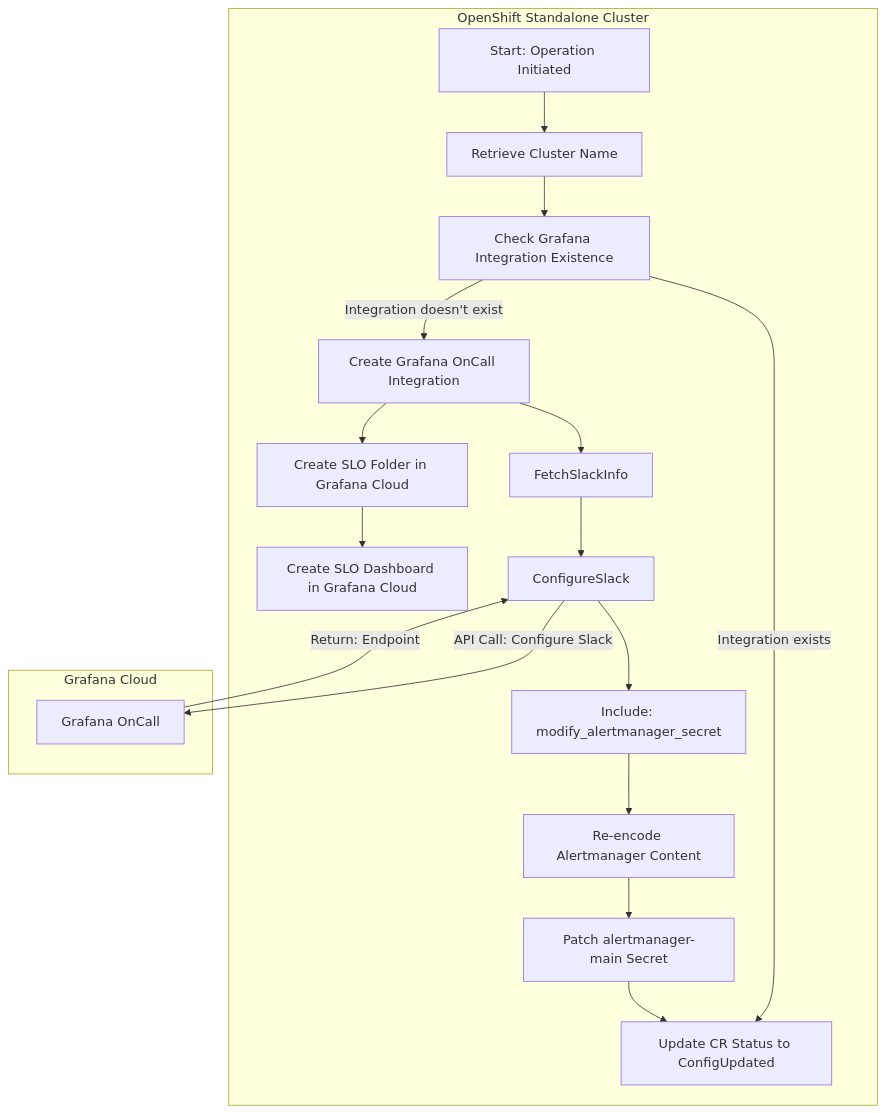
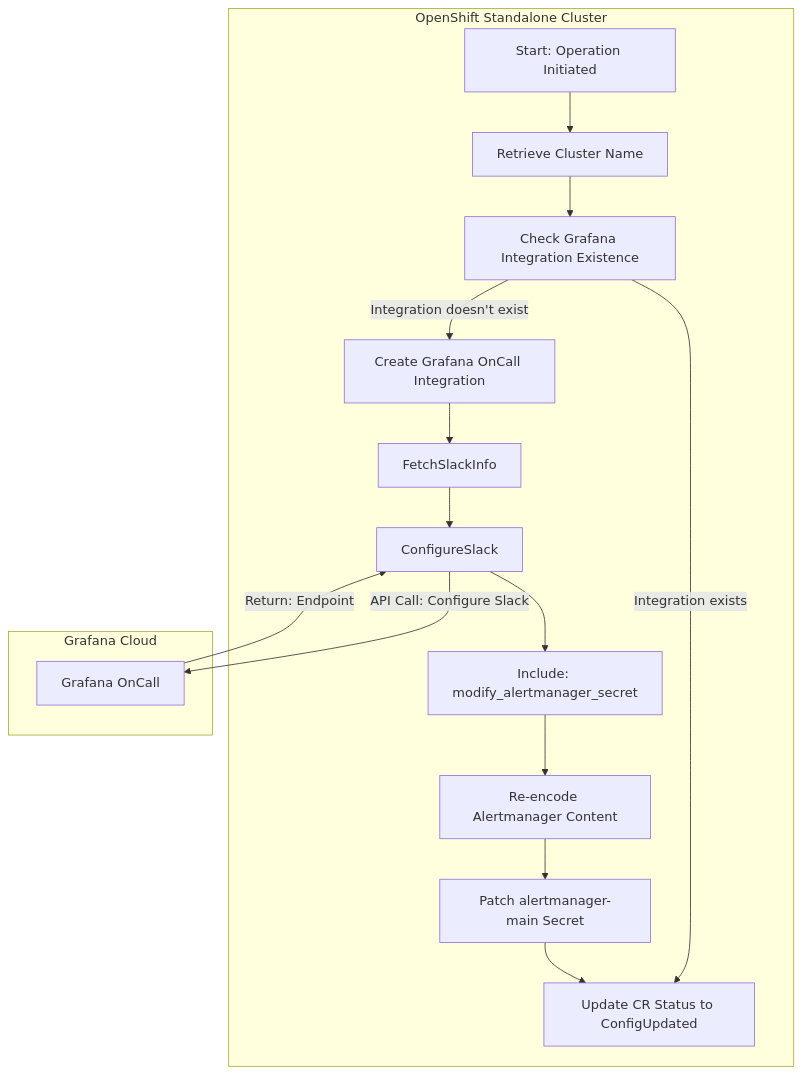
One commit to stakater/grafana-cloud-ansible-operator changed the second of 2 diagrams in README.md. Above: the diagram before and after it, drawn with Mermaid. The commit also changed other lines of this file and 8 other files, not shown here.

````diff
--- a/README.md
+++ b/README.md
@@ -142,36 +107,32 @@
     ```mermaid
     graph TD
 
     subgraph "OpenShift Standalone Cluster"
         Init[Start: Operation Initiated]
         GetClusterName[Retrieve Cluster Name]
         CheckIntegration[Check Grafana Integration Existence]
         CreateIntegration[Create Grafana OnCall Integration]
         ModSecret[Include: modify_alertmanager_secret]
         Reencode[Re-encode Alertmanager Content]
         PatchSecret[Patch alertmanager-main Secret]
         UpdateCR[Update CR Status to ConfigUpdated]
-        CreateSLOFolder[Create SLO Folder in Grafana Cloud]
-        CreateSLODashboard[Create SLO Dashboard in Grafana Cloud]
 
         Init --> GetClusterName
         GetClusterName --> CheckIntegration
         CheckIntegration -->|Integration doesn't exist| CreateIntegration
         CheckIntegration -->|Integration exists| UpdateCR
         CreateIntegration --> FetchSlackInfo
         FetchSlackInfo --> ConfigureSlack
         ConfigureSlack --> ModSecret
         ModSecret --> Reencode
         Reencode --> PatchSecret
         PatchSecret --> UpdateCR
-        CreateIntegration --> CreateSLOFolder
-        CreateSLOFolder --> CreateSLODashboard
     end
 
     subgraph "Grafana Cloud"
         GO[Grafana OnCall]
     end
 
     ConfigureSlack -->|API Call: Configure Slack| GO
     GO -->|Return: Endpoint| ConfigureSlack
     ```
````
